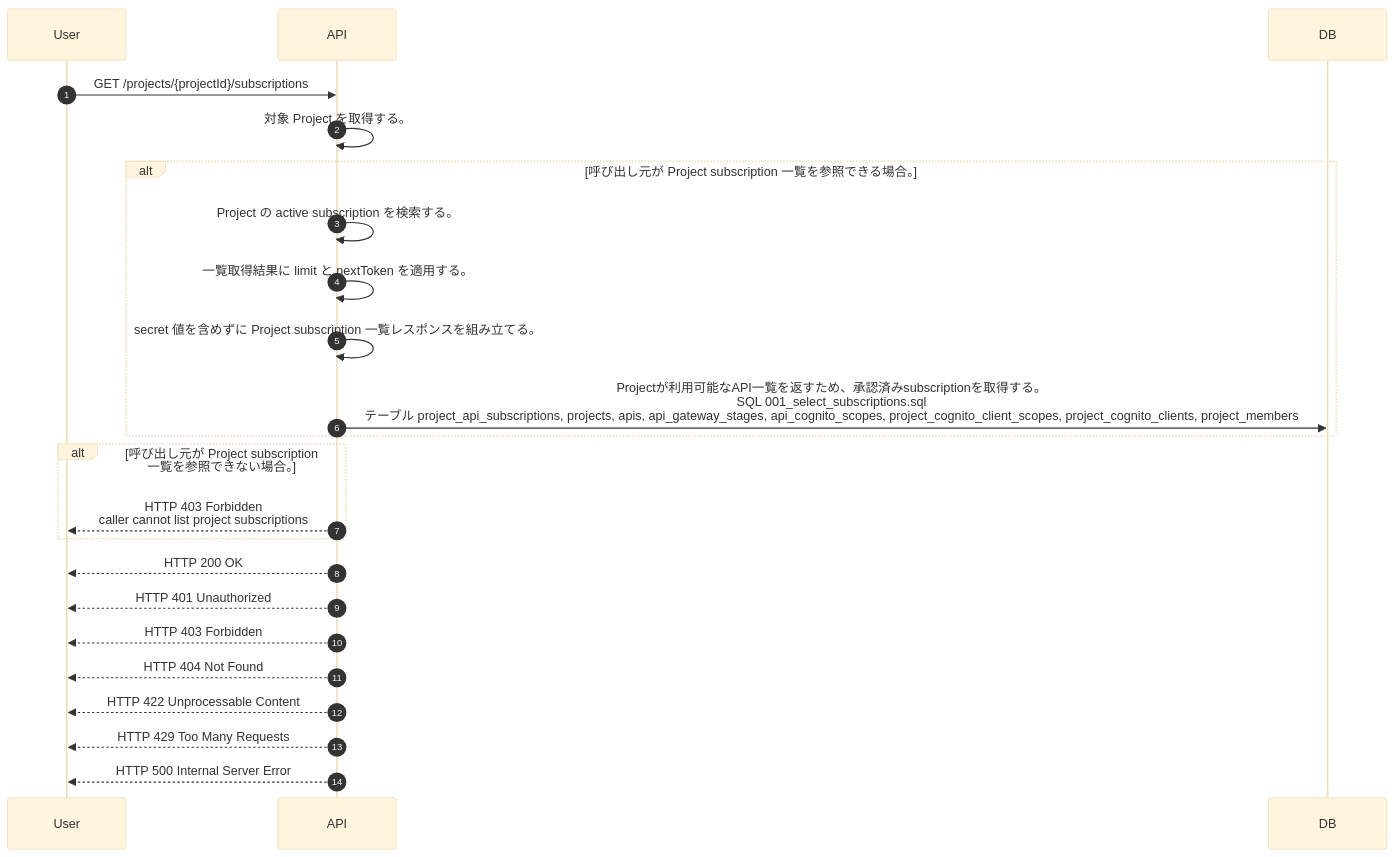
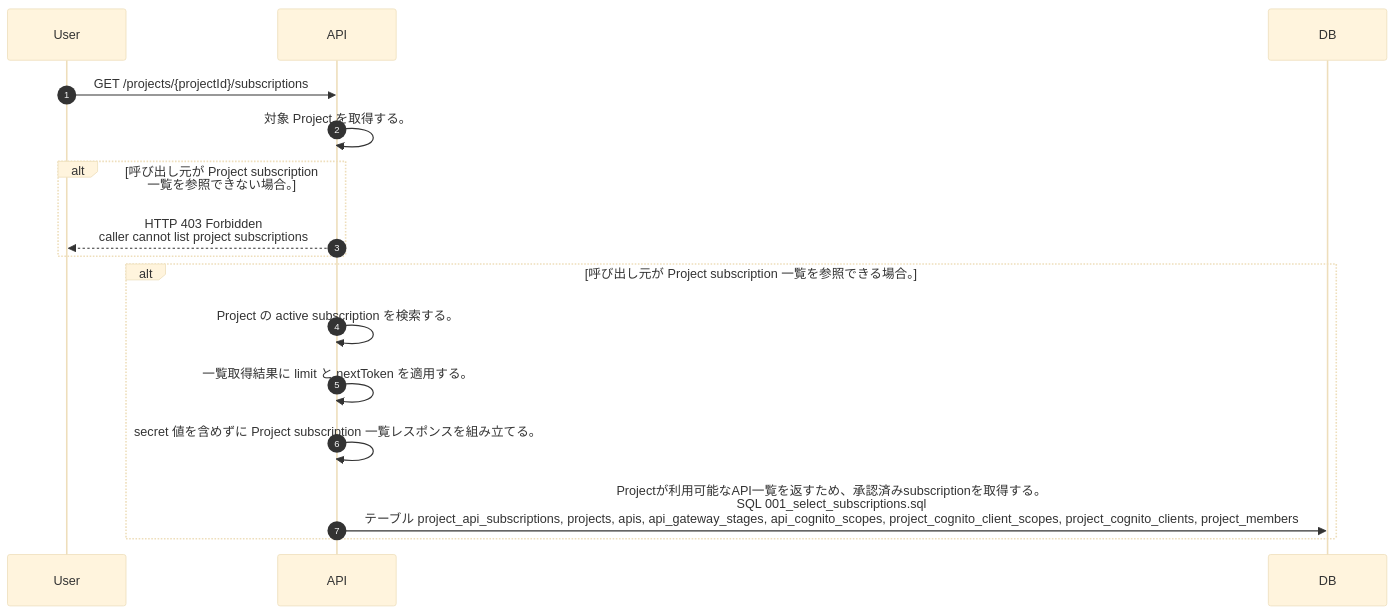
The diagram in docs/spec/40.apis/projects/list_project_subscriptions/sequence_gen.md (tsuji-tomonori/lazunex), drawn with Mermaid (base theme) before and after one commit. The commit also changed 39 other files, not shown here.

Commit message:
🐛 fix(api): error_responsesとシーケンス出力を実装に同期

````diff
--- a/docs/spec/40.apis/projects/list_project_subscriptions/sequence_gen.md
+++ b/docs/spec/40.apis/projects/list_project_subscriptions/sequence_gen.md
@@ -5,25 +5,18 @@
 ```mermaid
 sequenceDiagram
   autonumber
   participant User as User
   participant API as API
   participant DB as DB
   User->>API: GET /projects/{projectId}/subscriptions
   API->>API: 対象 Project を取得する。
+  alt 呼び出し元が Project subscription 一覧を参照できない場合。
+    API-->>User: HTTP 403 Forbidden<br/>caller cannot list project subscriptions
+  end
   alt 呼び出し元が Project subscription 一覧を参照できる場合。
     API->>API: Project の active subscription を検索する。
     API->>API: 一覧取得結果に limit と nextToken を適用する。
     API->>API: secret 値を含めずに Project subscription 一覧レスポンスを組み立てる。
     API->>DB: Projectが利用可能なAPI一覧を返すため、承認済みsubscriptionを取得する。<br/>SQL 001_select_subscriptions.sql<br/>テーブル project_api_subscriptions, projects, apis, api_gateway_stages, api_cognito_scopes, project_cognito_client_scopes, project_cognito_clients, project_members
   end
-  alt 呼び出し元が Project subscription 一覧を参照できない場合。
-    API-->>User: HTTP 403 Forbidden<br/>caller cannot list project subscriptions
-  end
-  API-->>User: HTTP 200 OK
-  API-->>User: HTTP 401 Unauthorized
-  API-->>User: HTTP 403 Forbidden
-  API-->>User: HTTP 404 Not Found
-  API-->>User: HTTP 422 Unprocessable Content
-  API-->>User: HTTP 429 Too Many Requests
-  API-->>User: HTTP 500 Internal Server Error
 ```
````
